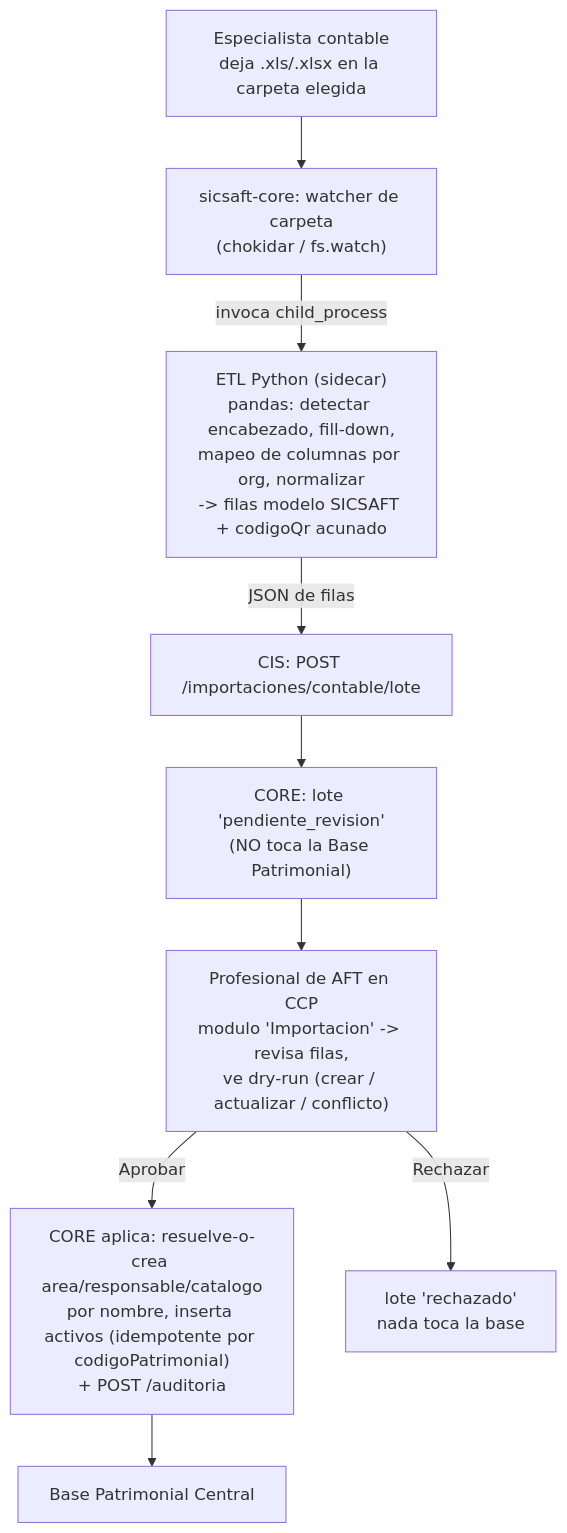
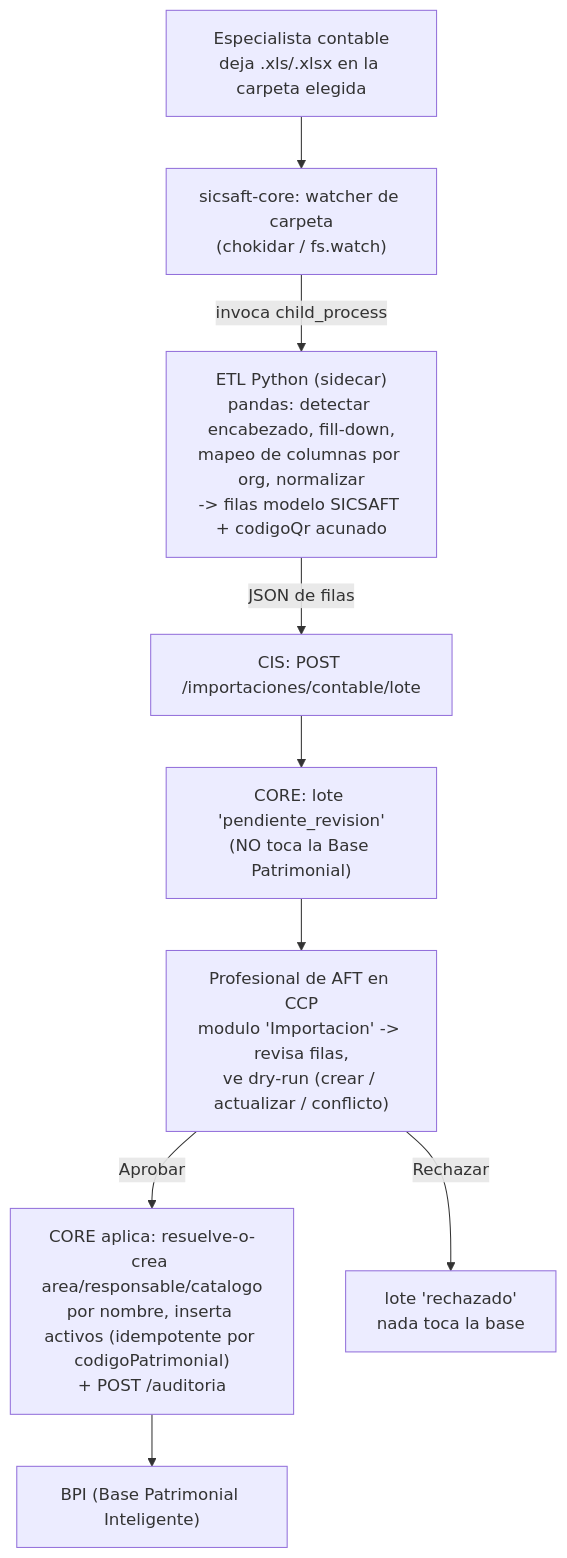
The diagram in aidlc-docs/ccp/design-artifacts/DOC-029-endurecimiento-ccp-cliente-real.md (jhonabruzzi278/SICSAFT), drawn with Mermaid before and after one commit. The commit also changed other lines of this file and 52 other files, not shown here.

````diff
--- a/aidlc-docs/ccp/design-artifacts/DOC-029-endurecimiento-ccp-cliente-real.md
+++ b/aidlc-docs/ccp/design-artifacts/DOC-029-endurecimiento-ccp-cliente-real.md
@@ -154,11 +160,11 @@
 ```mermaid
 flowchart TD
     Esp["Especialista contable\ndeja .xls/.xlsx en la carpeta elegida"] --> Watcher["sicsaft-core: watcher de carpeta\n(chokidar / fs.watch)"]
     Watcher -->|"invoca child_process"| ETL["ETL Python (sidecar)\npandas: detectar encabezado, fill-down,\nmapeo de columnas por org, normalizar\n-> filas modelo SICSAFT + codigoQr acunado"]
     ETL -->|"JSON de filas"| CIS["CIS: POST /importaciones/contable/lote"]
     CIS --> Staging["CORE: lote 'pendiente_revision'\n(NO toca la Base Patrimonial)"]
     Staging --> Rev["Profesional de AFT en CCP\nmodulo 'Importacion' -> revisa filas,\nve dry-run (crear / actualizar / conflicto)"]
     Rev -->|Aprobar| Aplica["CORE aplica: resuelve-o-crea area/responsable/catalogo\npor nombre, inserta activos (idempotente por codigoPatrimonial)\n+ POST /auditoria"]
     Rev -->|Rechazar| Rechazado["lote 'rechazado'\nnada toca la base"]
-    Aplica --> BPI["Base Patrimonial Central"]
+    Aplica --> BPI["BPI (Base Patrimonial Inteligente)"]
 ```
````
